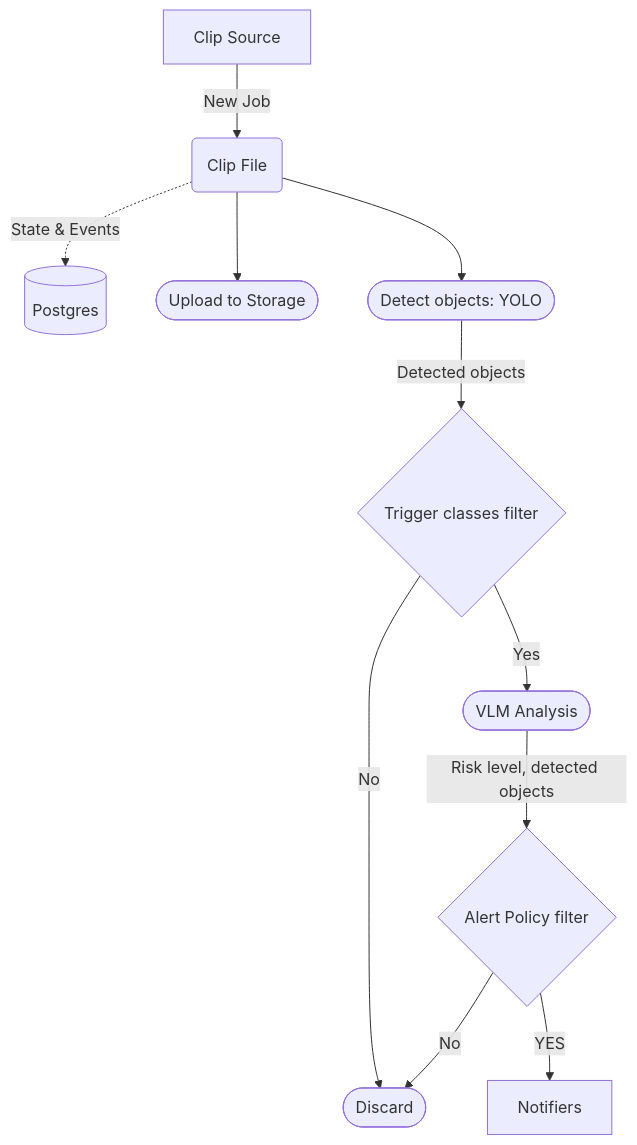
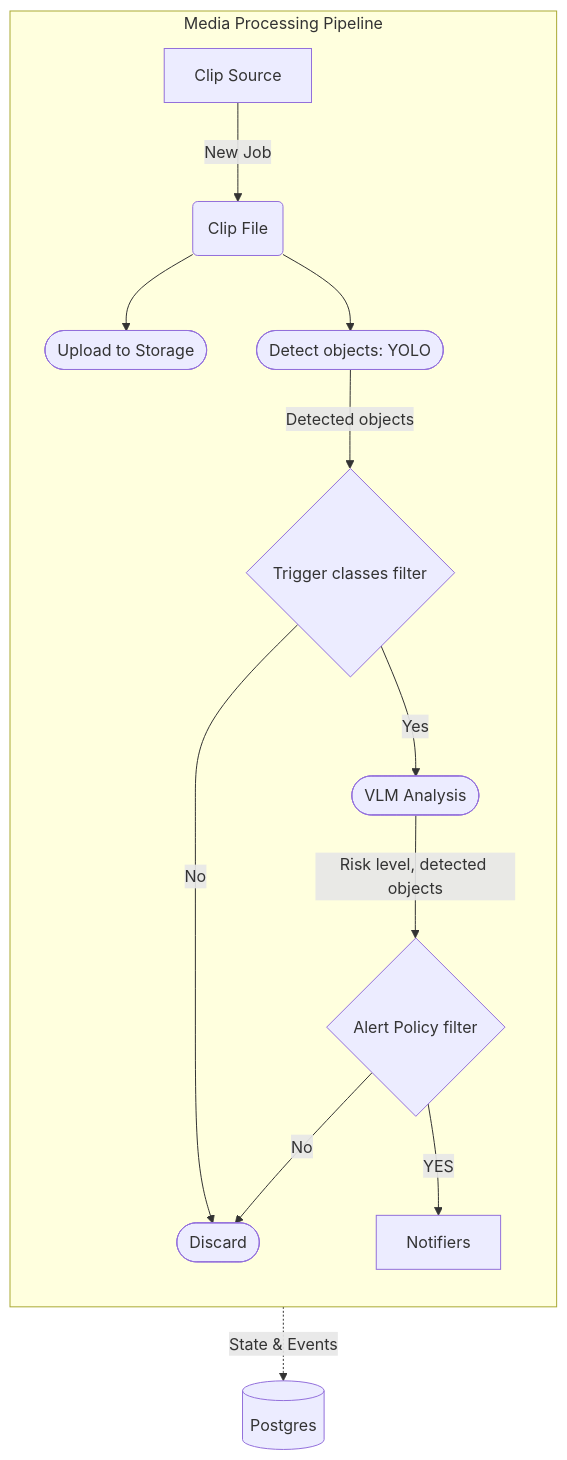
The diagram in README.md (lan17/homesec), drawn with Mermaid before and after one commit.

Commit message:
docs: wrap mermaid pipeline in subgraph for better visual grouping

````diff
--- a/README.md
+++ b/README.md
@@ -21,14 +21,18 @@
 ```mermaid
 graph TD
-    S[Clip Source] -->|New Job| C(Clip File)
+    subgraph Pipeline [Media Processing Pipeline]
+        direction TB
+        S[Clip Source] -->|New Job| C(Clip File)
+        C --> U([Upload to Storage])
+        C --> F([Detect objects: YOLO])
+        F -->|Detected objects| AI{Trigger classes filter}
+        AI -->|Yes| V([VLM Analysis])
+        AI -->|No| D([Discard])
+        V -->|Risk level, detected objects| P{Alert Policy filter}
+        P -->|No| D
+        P -->|YES| N[Notifiers]
+    end
+
     PG[(Postgres)]
     C -.->|State & Events| PG
-    C --> U([Upload to Storage])
-    C --> F([Detect objects: YOLO])
-    F -->|Detected objects| AI{Trigger classes filter}
-    AI -->|Yes| V([VLM Analysis])
-    AI -->|No| D([Discard])
-    V -->|Risk level, detected objects| P{Alert Policy filter}
-    P -->|No| D
-    P -->|YES| N[Notifiers]
 ```
````
